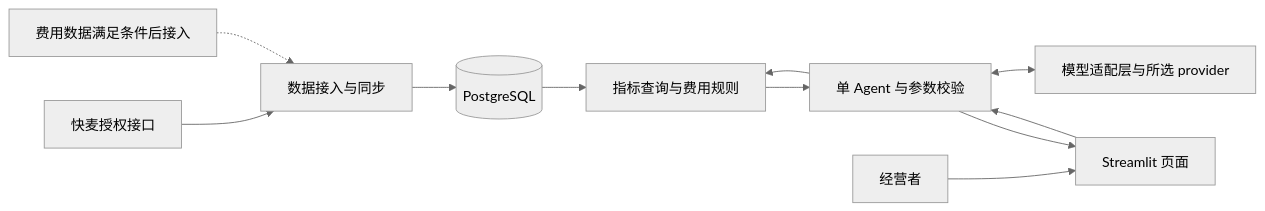
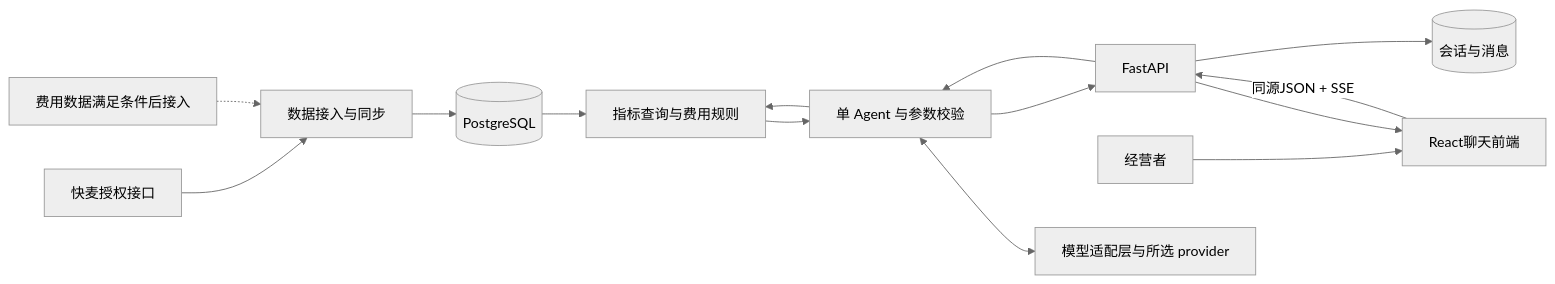
The diagram in docs/superpowers/specs/2026-09-06-ecommerce-bi-agent-design.md (AaYang0312/Bi-Sight), drawn with Mermaid (neutral theme) before and after one commit. The commit also changed other lines of this file and 2 other files, not shown here.

Commit message:
docs: plan chat frontend and API split

````diff
--- a/docs/superpowers/specs/2026-09-06-ecommerce-bi-agent-design.md
+++ b/docs/superpowers/specs/2026-09-06-ecommerce-bi-agent-design.md
@@ -141,13 +142,16 @@
 ```mermaid
 flowchart LR
     ERP[快麦授权接口] --> INGEST[数据接入与同步]
     FEES[费用数据满足条件后接入] -.-> INGEST
     INGEST --> DB[(PostgreSQL)]
     DB --> METRICS[指标查询与费用规则]
-    USER[经营者] --> UI[Streamlit 页面]
-    UI --> AGENT[单 Agent 与参数校验]
+    USER[经营者] --> WEB[React聊天前端]
+    WEB -->|同源JSON + SSE| API[FastAPI]
+    API --> CHAT[(会话与消息)]
+    API --> AGENT[单 Agent 与参数校验]
     AGENT <--> MODEL[模型适配层与所选 provider]
     AGENT --> METRICS
     METRICS --> AGENT
-    AGENT --> UI
+    AGENT --> API
+    API --> WEB
 ```
````
